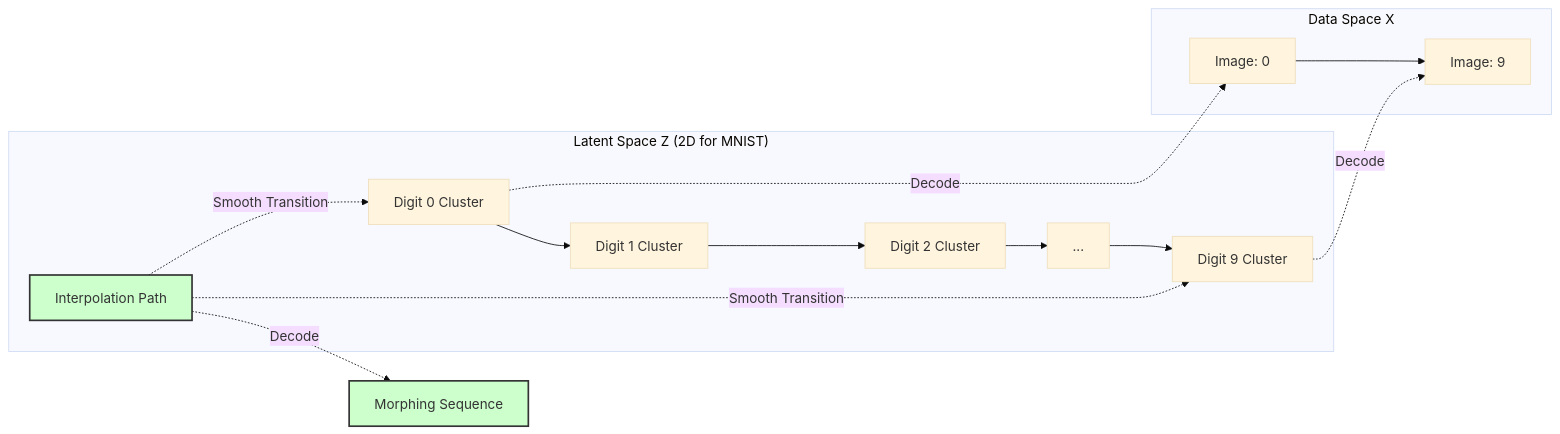
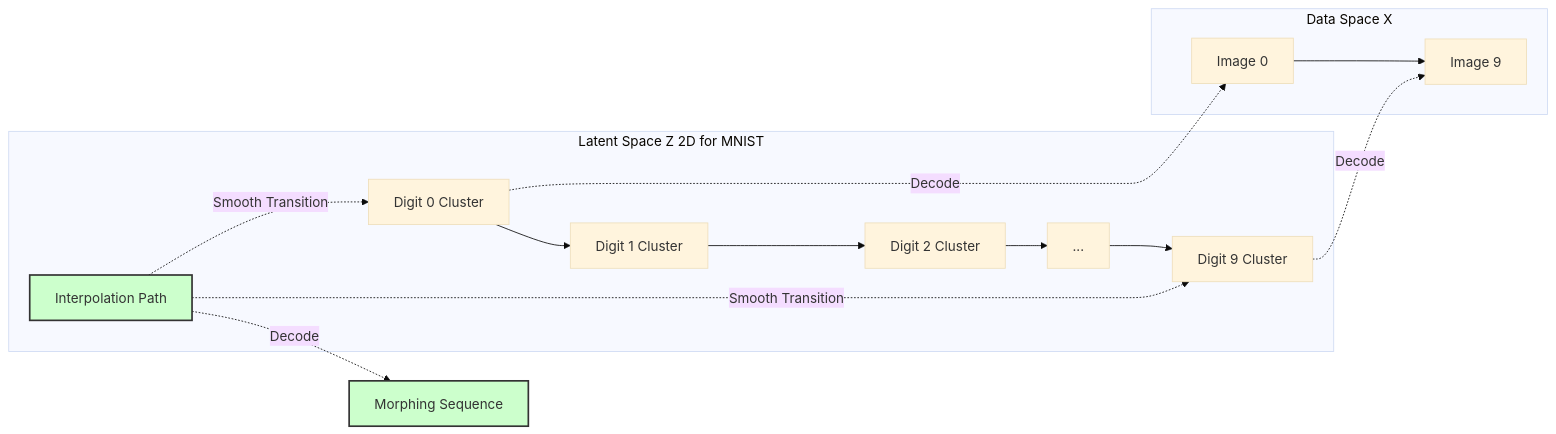
Before and after one commit to gopikrishtummala/gopikrishtummala.github.io: the fourth of 4 diagrams in src/data/blog/variational-autoencoders-from-compression-to-creation.md, drawn with Mermaid (base theme). The commit also changed other lines of this file, not shown here.

Commit message:
Fix Mermaid syntax errors: remove problematic quotes, parentheses, and colons

````diff
--- a/src/data/blog/variational-autoencoders-from-compression-to-creation.md
+++ b/src/data/blog/variational-autoencoders-from-compression-to-creation.md
@@ -454,22 +454,22 @@
 ```mermaid
 graph LR
-    subgraph "Latent Space Z (2D for MNIST)"
+    subgraph Latent["Latent Space Z 2D for MNIST"]
         A[Digit 0 Cluster] --> B[Digit 1 Cluster]
         B --> C[Digit 2 Cluster]
         C --> D[...]
         D --> E[Digit 9 Cluster]
         F[Interpolation Path] -.->|Smooth Transition| A
         F -.->|Smooth Transition| E
     end
     
-    subgraph "Data Space X"
-        A1[Image: 0] --> E1[Image: 9]
+    subgraph Data["Data Space X"]
+        A1[Image 0] --> E1[Image 9]
     end
     
     A -.->|Decode| A1
     E -.->|Decode| E1
     F -.->|Decode| F1[Morphing Sequence]
     
-    style F fill:#cfc,stroke:#333,stroke-width:2px;
-    style F1 fill:#cfc,stroke:#333,stroke-width:2px;
+    style F fill:#cfc,stroke:#333,stroke-width:2px
+    style F1 fill:#cfc,stroke:#333,stroke-width:2px
 ```
````
